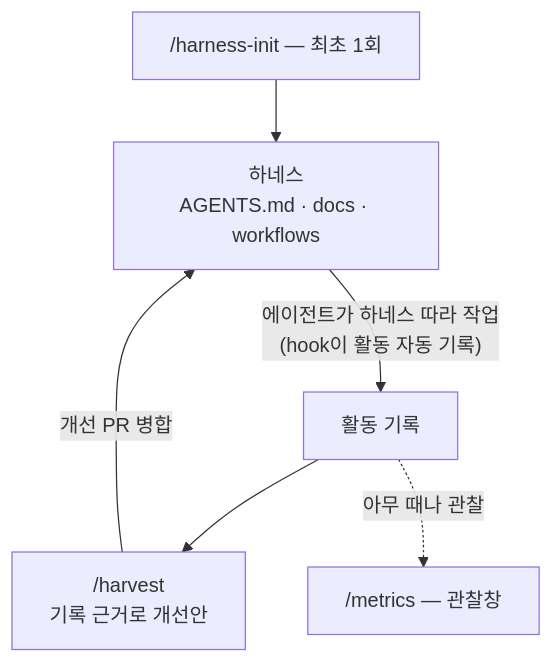
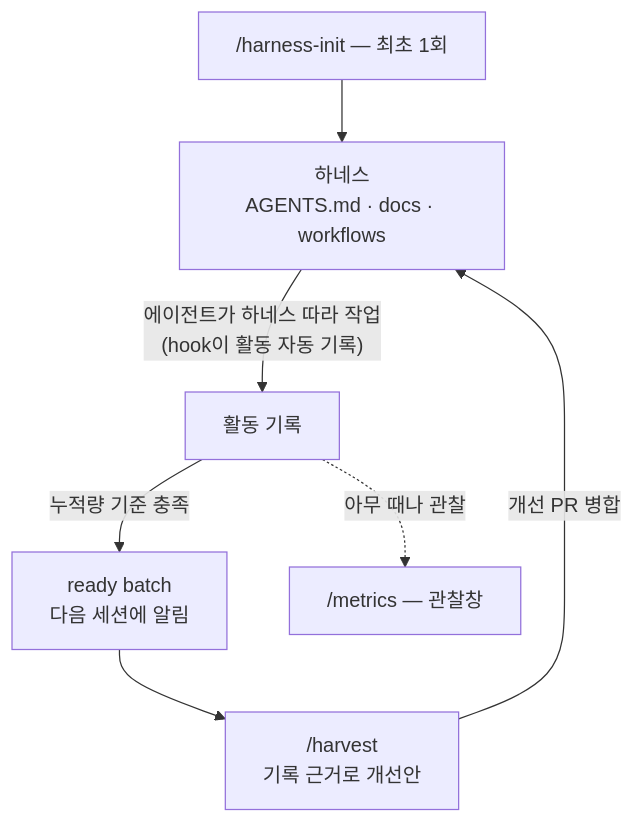
Before and after one commit to cano721/ai-harness: the diagram in README.md, drawn with Mermaid. The commit also changed other lines of this file and 9 other files, not shown here.

Commit message:
v0.9.0: 누적량 기반 harvest 훅 추가

````diff
--- a/README.md
+++ b/README.md
@@ -23,8 +23,9 @@
 ```mermaid
 flowchart TD
     I["/harness-init — 최초 1회"] --> H["하네스<br/>AGENTS.md · docs · workflows"]
     H -->|"에이전트가 하네스 따라 작업<br/>(hook이 활동 자동 기록)"| R["활동 기록"]
-    R --> V["/harvest<br/>기록 근거로 개선안"]
+    R -->|"누적량 기준 충족"| Q["ready batch<br/>다음 세션에 알림"]
+    Q --> V["/harvest<br/>기록 근거로 개선안"]
     V -->|"개선 PR 병합"| H
     R -.->|"아무 때나 관찰"| M["/metrics — 관찰창"]
 ```
````
